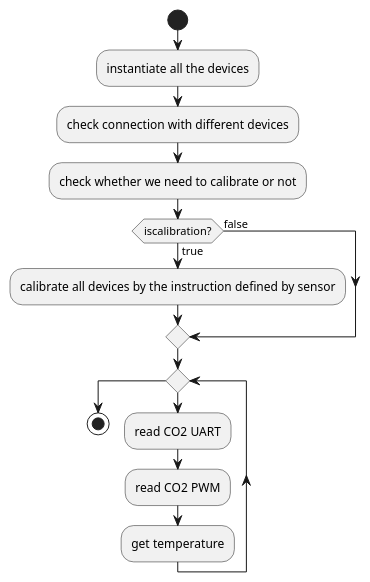
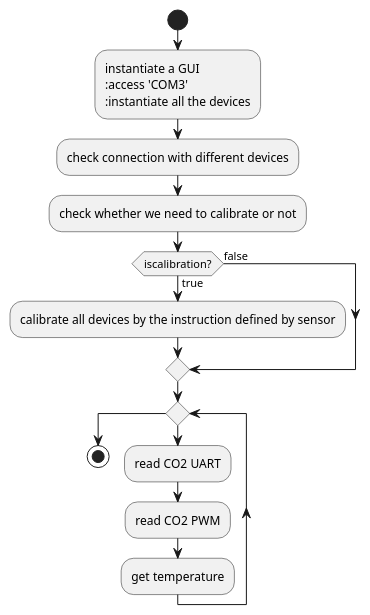
One commit to yichin-weng/environment_sensoro_system changed the second of 2 diagrams in README.md. Above: the diagram before and after it, drawn with PlantUML. The commit also changed 2 other files, not shown here.

Commit message:
todo: create a popup window       define the structure of this program       modify arduino code by FreeRTOS       calibrate co2 sensor with other model add: readme      latex for seminar and research
modified: StructQueue.ino ( implement FreeRTOS )

````diff
--- a/README.md
+++ b/README.md
@@ -75,17 +75,20 @@
 ```plantuml
+
 start
+:instantiate a GUI
+:access 'COM3'
 :instantiate all the devices;
 :check connection with different devices;
 :check whether we need to calibrate or not;
 if (iscalibration?) then (true)
     :calibrate all devices by the instruction defined by sensor;
 else(false)
 endif
 while ()
     :read CO2 UART;
     :read CO2 PWM;
     :get temperature;
 endwhile
 
 stop
 ```
````
